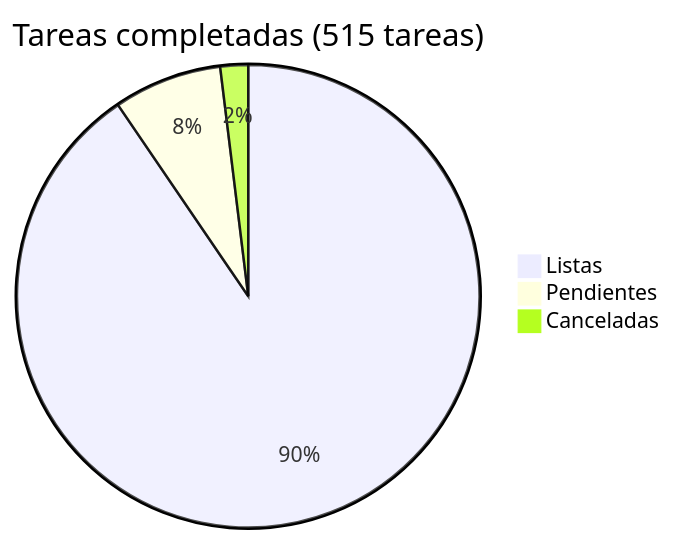
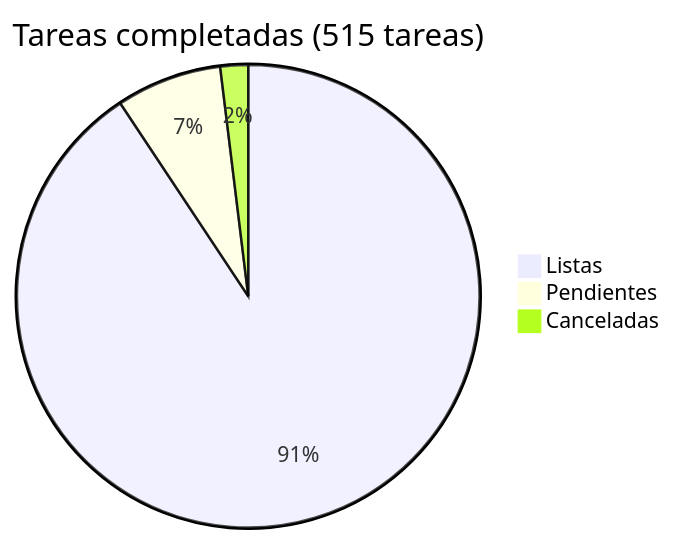
Before and after one commit to araguaney-lat/araguaney: the diagram in docs/roadmap/README.md, drawn with Mermaid. The commit also changed other lines of this file and 1 other file, not shown here.

Commit message:
docs: close phase 29 task 3, domain and accounts hardened

````diff
--- a/docs/roadmap/README.md
+++ b/docs/roadmap/README.md
@@ -5,6 +5,6 @@
 ```mermaid
 pie title Tareas completadas (515 tareas)
-    "Listas" : 466
-    "Pendientes" : 39
+    "Listas" : 467
+    "Pendientes" : 38
     "Canceladas" : 10
 ```
````
